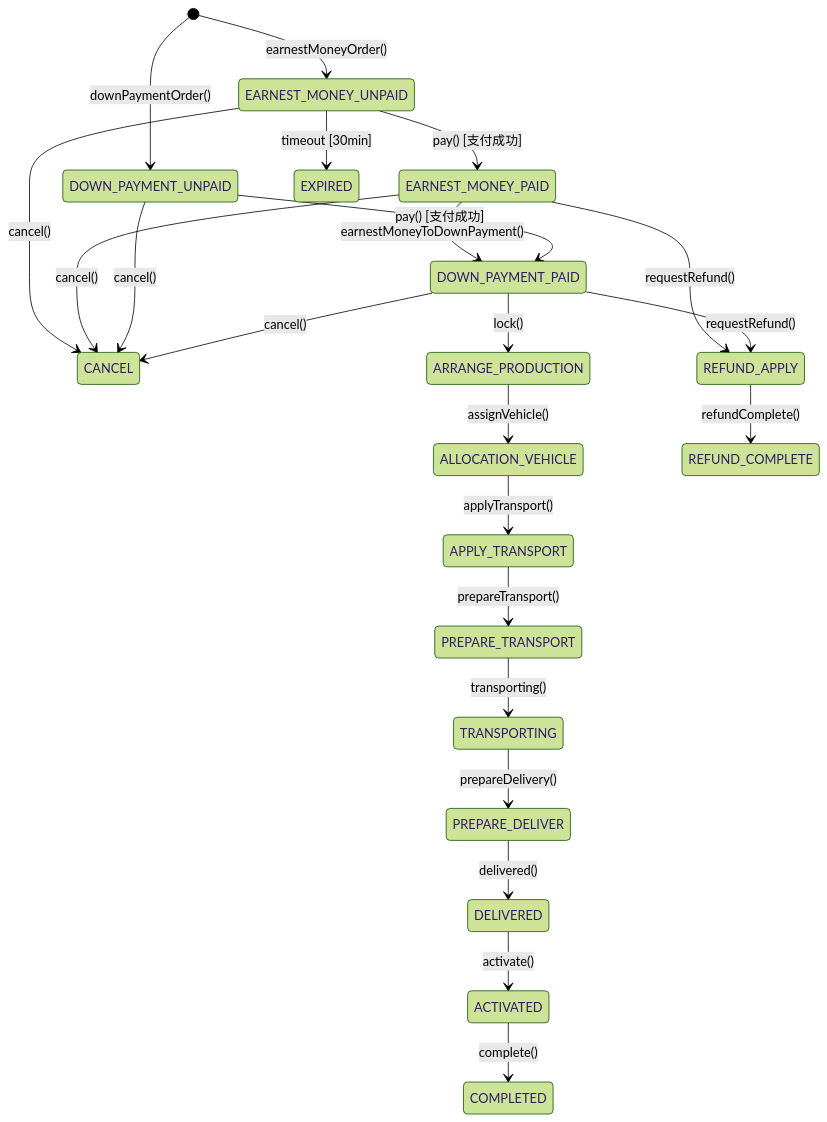
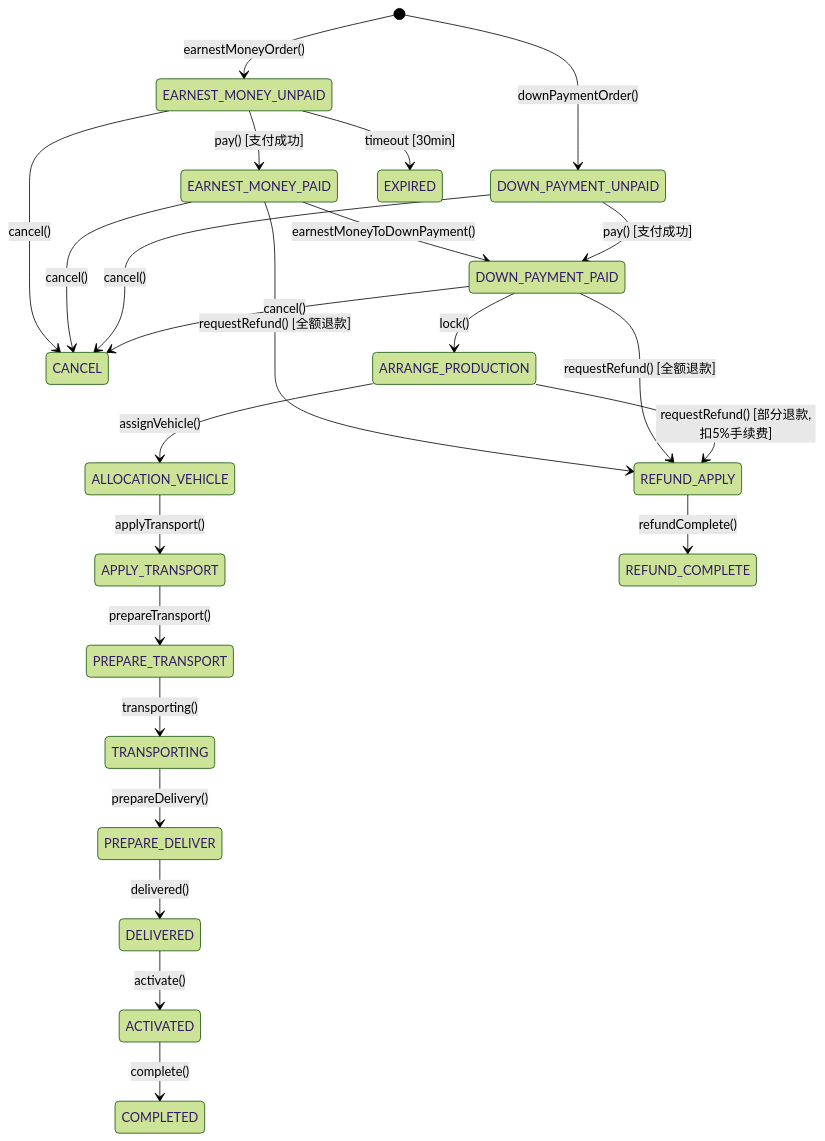
Before and after one commit to hwyzleo/iov-cloud-otd-vso: the fourth of 9 diagrams in specs/vehicle-sale-order/design.md, drawn with Mermaid (forest theme). The commit also changed other lines of this file and 8 other files, not shown here.

````diff
--- a/specs/vehicle-sale-order/design.md
+++ b/specs/vehicle-sale-order/design.md
@@ -303,31 +303,33 @@
 ```mermaid
 stateDiagram-v2
     [*] --> EARNEST_MONEY_UNPAID: earnestMoneyOrder()
     [*] --> DOWN_PAYMENT_UNPAID: downPaymentOrder()
 
     EARNEST_MONEY_UNPAID --> EARNEST_MONEY_PAID: pay() [支付成功]
     EARNEST_MONEY_UNPAID --> EXPIRED: timeout [30min]
     EARNEST_MONEY_UNPAID --> CANCEL: cancel()
 
     EARNEST_MONEY_PAID --> DOWN_PAYMENT_PAID: earnestMoneyToDownPayment()
     EARNEST_MONEY_PAID --> CANCEL: cancel()
-    EARNEST_MONEY_PAID --> REFUND_APPLY: requestRefund()
+    EARNEST_MONEY_PAID --> REFUND_APPLY: requestRefund() [全额退款]
 
     DOWN_PAYMENT_UNPAID --> DOWN_PAYMENT_PAID: pay() [支付成功]
     DOWN_PAYMENT_UNPAID --> CANCEL: cancel()
 
     DOWN_PAYMENT_PAID --> ARRANGE_PRODUCTION: lock()
     DOWN_PAYMENT_PAID --> CANCEL: cancel()
-    DOWN_PAYMENT_PAID --> REFUND_APPLY: requestRefund()
+    DOWN_PAYMENT_PAID --> REFUND_APPLY: requestRefund() [全额退款]
+
+    ARRANGE_PRODUCTION --> REFUND_APPLY: requestRefund() [部分退款,扣5%手续费]
 
     ARRANGE_PRODUCTION --> ALLOCATION_VEHICLE: assignVehicle()
     ALLOCATION_VEHICLE --> APPLY_TRANSPORT: applyTransport()
     APPLY_TRANSPORT --> PREPARE_TRANSPORT: prepareTransport()
     PREPARE_TRANSPORT --> TRANSPORTING: transporting()
     TRANSPORTING --> PREPARE_DELIVER: prepareDelivery()
     PREPARE_DELIVER --> DELIVERED: delivered()
     DELIVERED --> ACTIVATED: activate()
     ACTIVATED --> COMPLETED: complete()
 
     REFUND_APPLY --> REFUND_COMPLETE: refundComplete()
 ```
````
